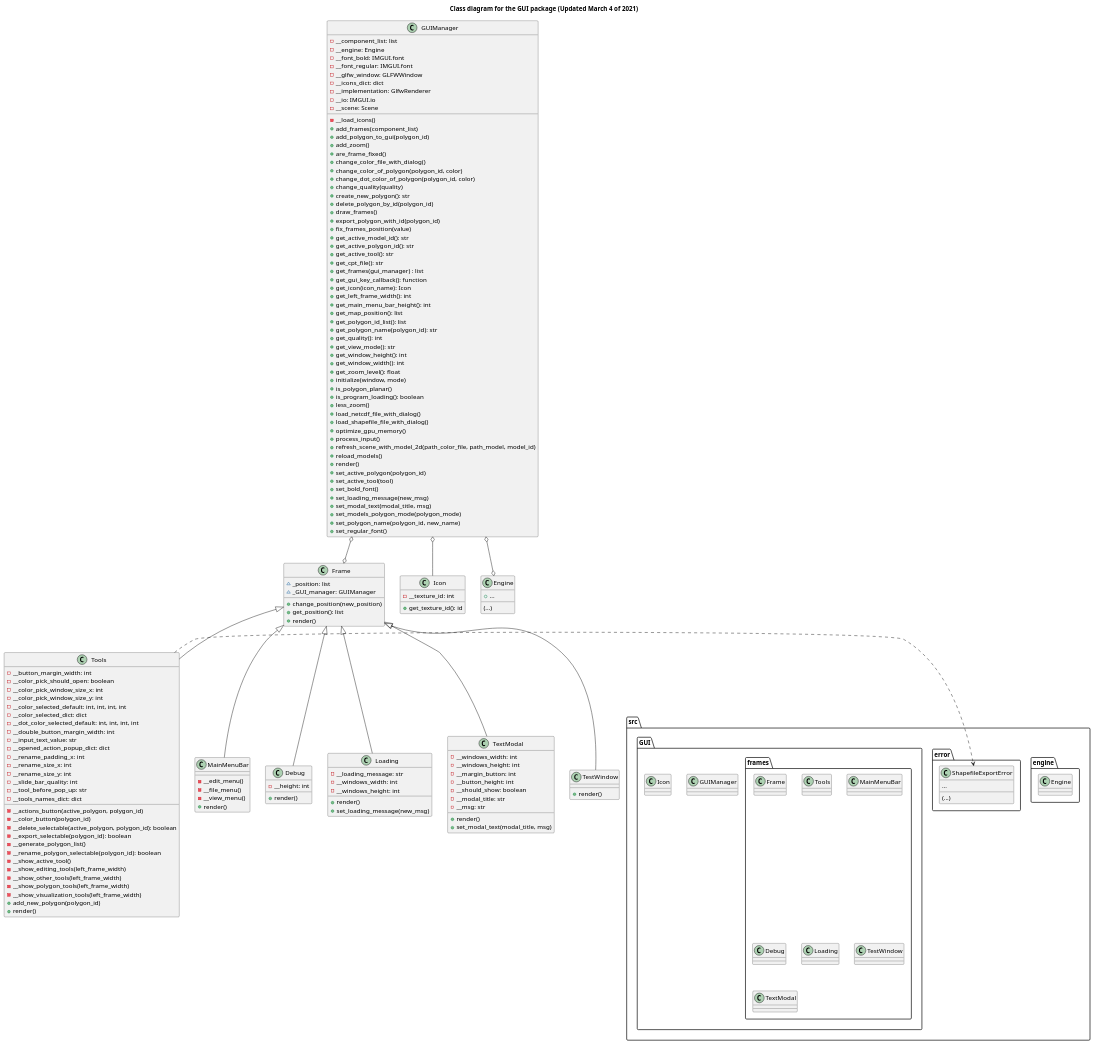
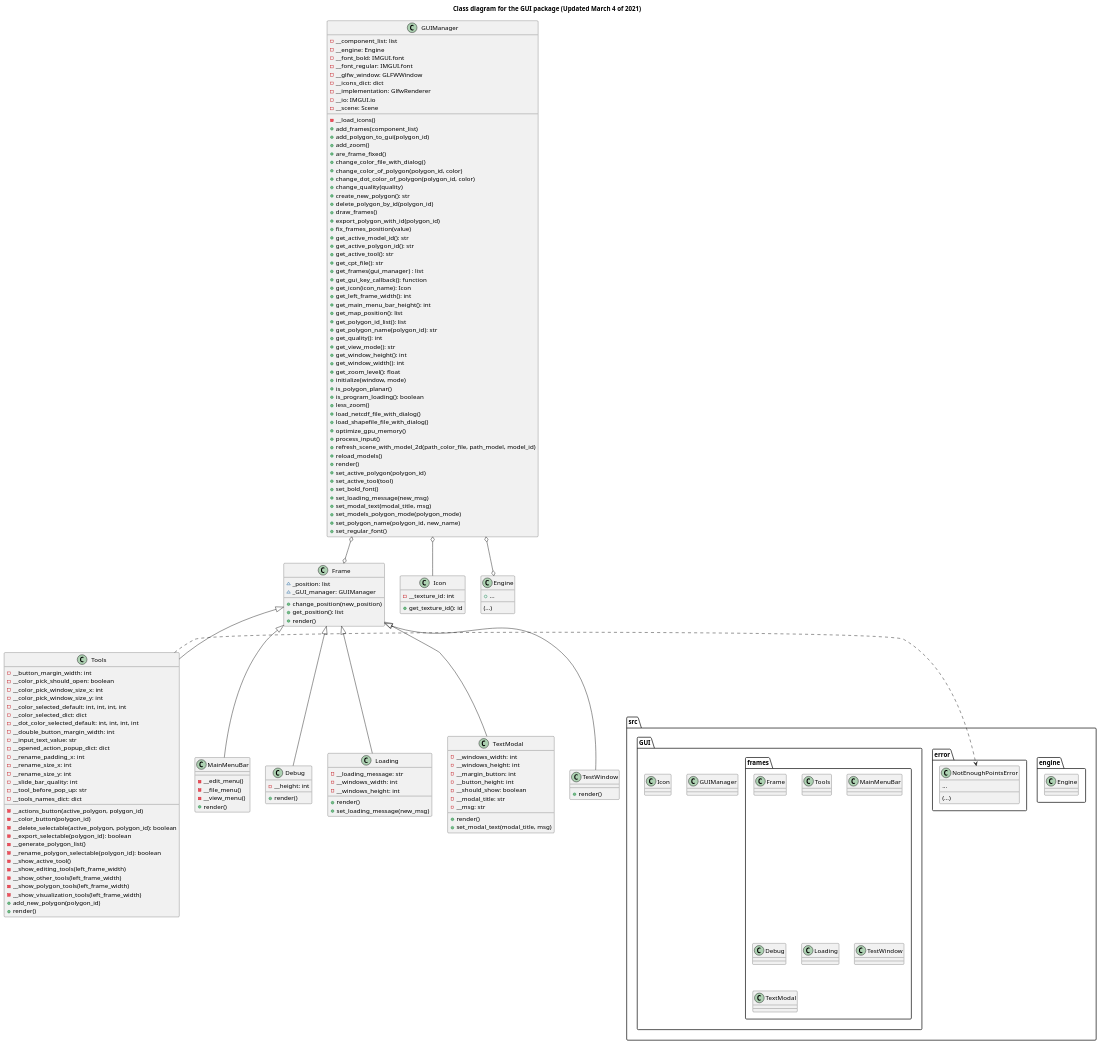
Before and after one commit to ferpoble2/Relief_Creator: the diagram in docs/gui_package.puml, drawn with PlantUML. The commit also changed 3 other files, not shown here.

Commit message:
Changed ShapefileError try/catch to NotEnoughPointsError in the export polygon option

```diff
--- a/docs/gui_package.puml
+++ b/docs/gui_package.puml
@@ -10,7 +10,7 @@
     }
 
     package error {
-        class ShapefileExportError {
+        class NotEnoughPointsError {
             ...
             (...)
         }
@@ -199,6 +199,6 @@
 GUIManager o--o Frame
 GUIManager o--o Engine
 
-Tools .> ShapefileExportError
+Tools .> NotEnoughPointsError
 
 @enduml
```
